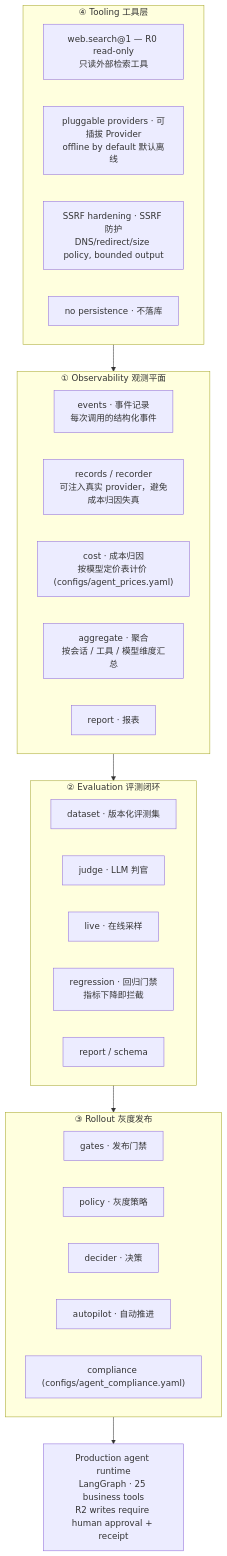
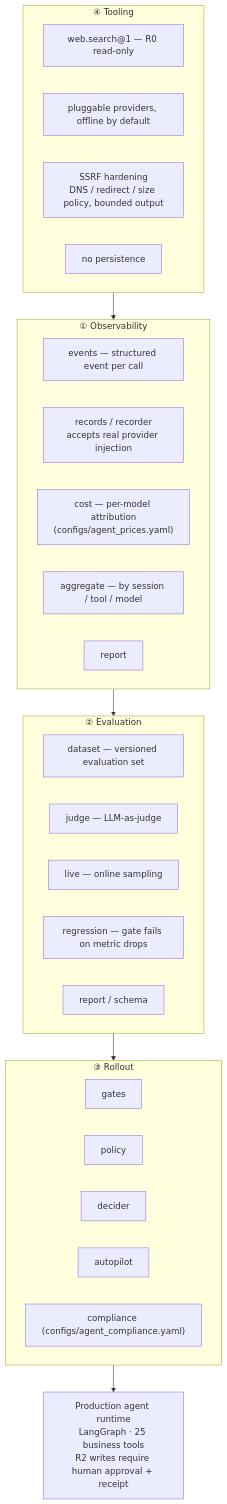
Before and after one commit to Hanwen-Tao/project-portfolio: the fourth of 4 diagrams in docs/01-artifex.md, drawn with Mermaid. The commit also changed other lines of this file and 11 other files, not shown here.

````diff
--- a/docs/01-artifex.md
+++ b/docs/01-artifex.md
@@ -231,37 +215,37 @@
 ```mermaid
 flowchart TD
-    subgraph OBS ["① Observability 观测平面"]
-        O1["events · 事件记录<br/>每次调用的结构化事件"]
-        O2["records / recorder<br/>可注入真实 provider，避免成本归因失真"]
-        O3["cost · 成本归因<br/>按模型定价表计价 (configs/agent_prices.yaml)"]
-        O4["aggregate · 聚合<br/>按会话 / 工具 / 模型维度汇总"]
-        O5["report · 报表"]
+    subgraph OBS ["① Observability"]
+        O1["events — structured event per call"]
+        O2["records / recorder<br/>accepts real provider injection"]
+        O3["cost — per-model attribution<br/>(configs/agent_prices.yaml)"]
+        O4["aggregate — by session / tool / model"]
+        O5["report"]
     end
 
-    subgraph EVAL ["② Evaluation 评测闭环"]
-        E1["dataset · 版本化评测集"]
-        E2["judge · LLM 判官"]
-        E3["live · 在线采样"]
-        E4["regression · 回归门禁<br/>指标下降即拦截"]
+    subgraph EVAL ["② Evaluation"]
+        E1["dataset — versioned evaluation set"]
+        E2["judge — LLM-as-judge"]
+        E3["live — online sampling"]
+        E4["regression — gate fails on metric drops"]
         E5["report / schema"]
     end
 
-    subgraph ROLL ["③ Rollout 灰度发布"]
-        R1["gates · 发布门禁"]
-        R2["policy · 灰度策略"]
-        R3["decider · 决策"]
-        R4["autopilot · 自动推进"]
+    subgraph ROLL ["③ Rollout"]
+        R1["gates"]
+        R2["policy"]
+        R3["decider"]
+        R4["autopilot"]
         R5["compliance (configs/agent_compliance.yaml)"]
     end
 
-    subgraph TOOL ["④ Tooling 工具层"]
-        T1["web.search@1 — R0 read-only<br/>只读外部检索工具"]
-        T2["pluggable providers · 可插拔 Provider<br/>offline by default 默认离线"]
-        T3["SSRF hardening · SSRF 防护<br/>DNS/redirect/size policy, bounded output"]
-        T4["no persistence · 不落库"]
+    subgraph TOOL ["④ Tooling"]
+        T1["web.search@1 — R0 read-only"]
+        T2["pluggable providers, offline by default"]
+        T3["SSRF hardening<br/>DNS / redirect / size policy, bounded output"]
+        T4["no persistence"]
     end
 
     OBS --> EVAL --> ROLL
     TOOL --> OBS
     ROLL --> P["Production agent runtime<br/>LangGraph · 25 business tools<br/>R2 writes require human approval + receipt"]
 ```
````
